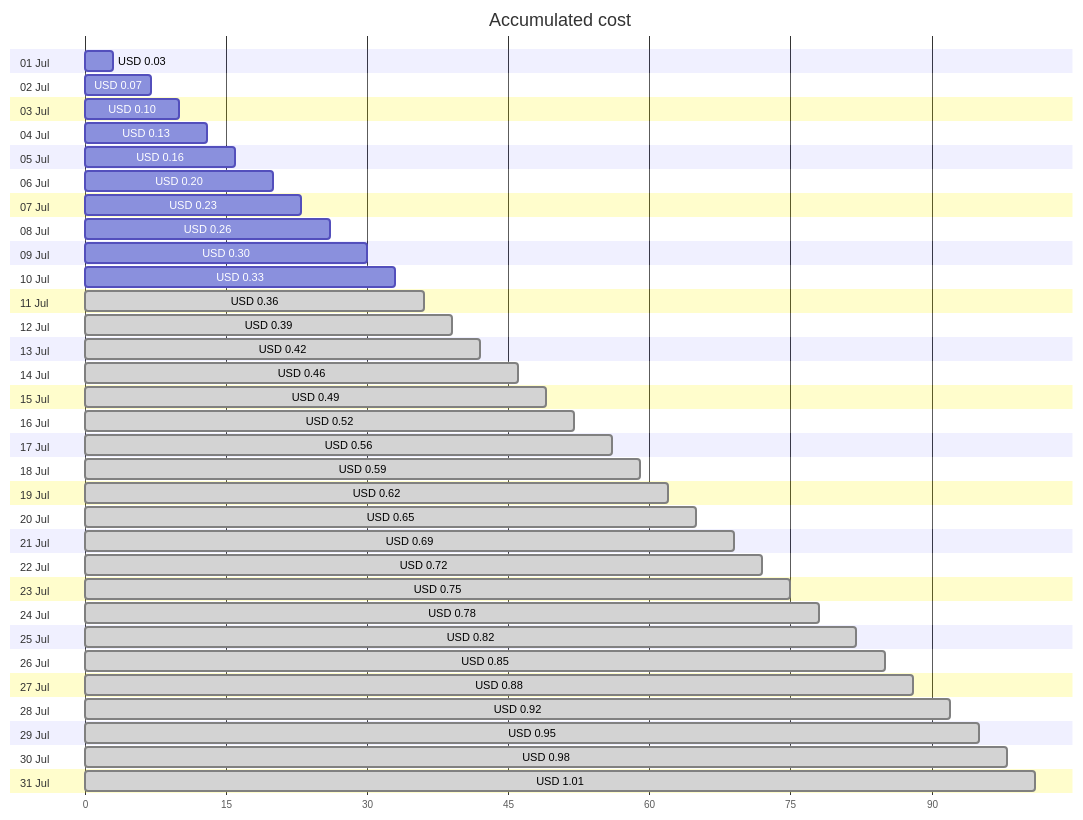
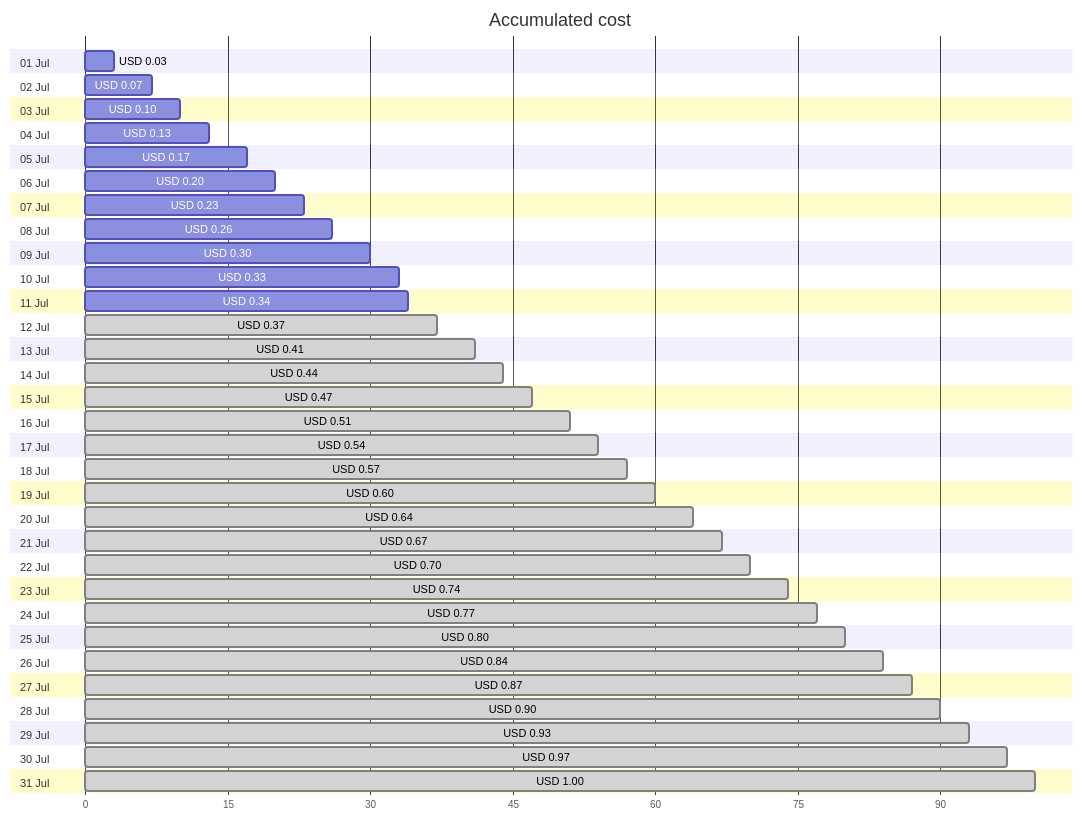
The first of 4 diagrams in cost-reports/personal-dns/README.md (jpfulton/azure-personal-reports), drawn with Mermaid before and after one commit. The commit also changed other lines of this file and 2 other files, not shown here.

Commit message:
Generated reports [skip ci]

````diff
--- a/cost-reports/personal-dns/README.md
+++ b/cost-reports/personal-dns/README.md
@@ -20,68 +20,68 @@
 ```mermaid
 gantt
    title Accumulated cost
    dateFormat  X
    axisFormat %s
    section 01 Jul
    USD 0.03 :0, 3
    section 02 Jul
    USD 0.07 :0, 7
    section 03 Jul
    USD 0.10 :0, 10
    section 04 Jul
    USD 0.13 :0, 13
    section 05 Jul
-   USD 0.16 :0, 16
+   USD 0.17 :0, 17
    section 06 Jul
    USD 0.20 :0, 20
    section 07 Jul
    USD 0.23 :0, 23
    section 08 Jul
    USD 0.26 :0, 26
    section 09 Jul
    USD 0.30 :0, 30
    section 10 Jul
    USD 0.33 :0, 33
    section 11 Jul
-   USD 0.36 : done, 0, 36
+   USD 0.34 :0, 34
    section 12 Jul
-   USD 0.39 : done, 0, 39
+   USD 0.37 : done, 0, 37
    section 13 Jul
-   USD 0.42 : done, 0, 42
+   USD 0.41 : done, 0, 41
    section 14 Jul
-   USD 0.46 : done, 0, 46
+   USD 0.44 : done, 0, 44
    section 15 Jul
-   USD 0.49 : done, 0, 49
+   USD 0.47 : done, 0, 47
    section 16 Jul
-   USD 0.52 : done, 0, 52
+   USD 0.51 : done, 0, 51
    section 17 Jul
-   USD 0.56 : done, 0, 56
+   USD 0.54 : done, 0, 54
    section 18 Jul
-   USD 0.59 : done, 0, 59
+   USD 0.57 : done, 0, 57
    section 19 Jul
-   USD 0.62 : done, 0, 62
+   USD 0.60 : done, 0, 60
    section 20 Jul
-   USD 0.65 : done, 0, 65
+   USD 0.64 : done, 0, 64
    section 21 Jul
-   USD 0.69 : done, 0, 69
+   USD 0.67 : done, 0, 67
    section 22 Jul
-   USD 0.72 : done, 0, 72
+   USD 0.70 : done, 0, 70
    section 23 Jul
-   USD 0.75 : done, 0, 75
+   USD 0.74 : done, 0, 74
    section 24 Jul
-   USD 0.78 : done, 0, 78
+   USD 0.77 : done, 0, 77
    section 25 Jul
-   USD 0.82 : done, 0, 82
+   USD 0.80 : done, 0, 80
    section 26 Jul
-   USD 0.85 : done, 0, 85
+   USD 0.84 : done, 0, 84
    section 27 Jul
-   USD 0.88 : done, 0, 88
+   USD 0.87 : done, 0, 87
    section 28 Jul
-   USD 0.92 : done, 0, 92
+   USD 0.90 : done, 0, 90
    section 29 Jul
-   USD 0.95 : done, 0, 95
+   USD 0.93 : done, 0, 93
    section 30 Jul
-   USD 0.98 : done, 0, 98
+   USD 0.97 : done, 0, 97
    section 31 Jul
-   USD 1.01 : done, 0, 101
+   USD 1.00 : done, 0, 100
 ```
````
